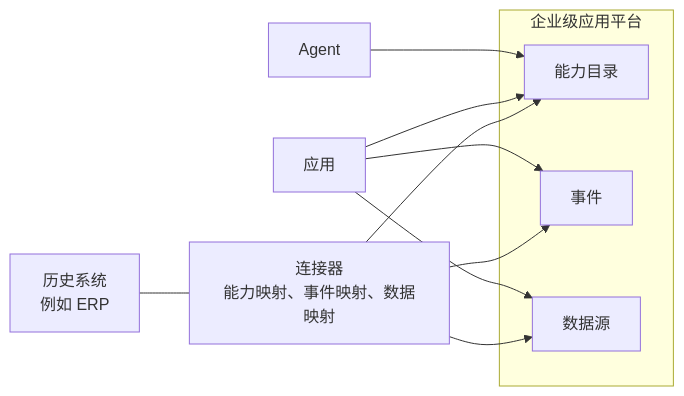
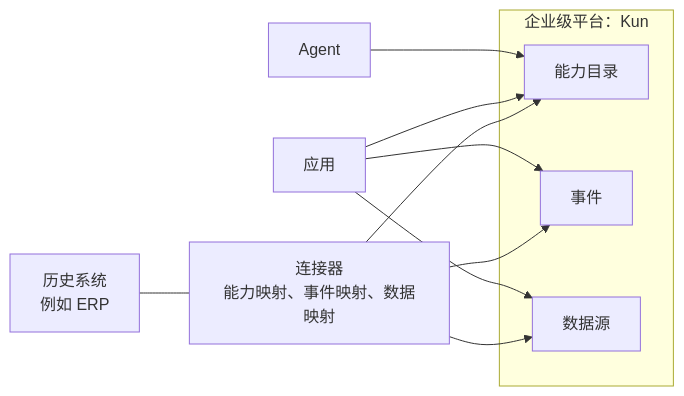
The first of 2 diagrams in docs/11-legacy-systems.md (CavaiLAB/jiangxin), drawn with Mermaid before and after one commit. The commit also changed other lines of this file and 19 other files, not shown here.

````diff
--- a/docs/11-legacy-systems.md
+++ b/docs/11-legacy-systems.md
@@ -16,20 +16,20 @@
 ```mermaid
 flowchart LR
   L["历史系统<br/>例如 ERP"]
   C["连接器<br/>能力映射、事件映射、数据映射"]
-  subgraph P["企业级应用平台"]
+  subgraph P["企业级平台：Kun"]
     CAP["能力目录"]
     EVT["事件"]
     DS["数据源"]
   end
   APP["应用"]
   AG["Agent"]
   L --- C
   C --> CAP
   C --> EVT
   C --> DS
   APP --> CAP
   APP --> EVT
   APP --> DS
   AG --> CAP
 ```
````
